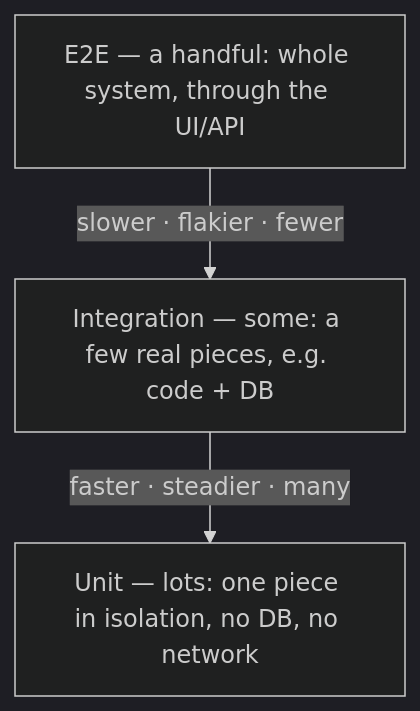
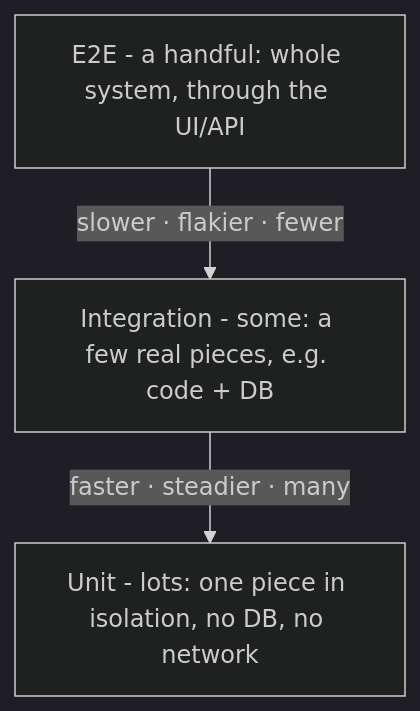
The diagram in guides/testing/unit-integration-e2e/01-the-testing-pyramid.md (Topurrra/themissingmanual), drawn with Mermaid (dark theme) before and after one commit. The commit also changed other lines of this file and 1072 other files, not shown here.

````diff
--- a/guides/testing/unit-integration-e2e/01-the-testing-pyramid.md
+++ b/guides/testing/unit-integration-e2e/01-the-testing-pyramid.md
@@ -34,8 +34,8 @@
 ```mermaid
 flowchart TD
-  E2E[E2E — a handful: whole system, through the UI/API]
-  Integ[Integration — some: a few real pieces, e.g. code + DB]
-  Unit[Unit — lots: one piece in isolation, no DB, no network]
+  E2E[E2E - a handful: whole system, through the UI/API]
+  Integ[Integration - some: a few real pieces, e.g. code + DB]
+  Unit[Unit - lots: one piece in isolation, no DB, no network]
   E2E -->|slower · flakier · fewer| Integ
   Integ -->|faster · steadier · many| Unit
 ```
````
